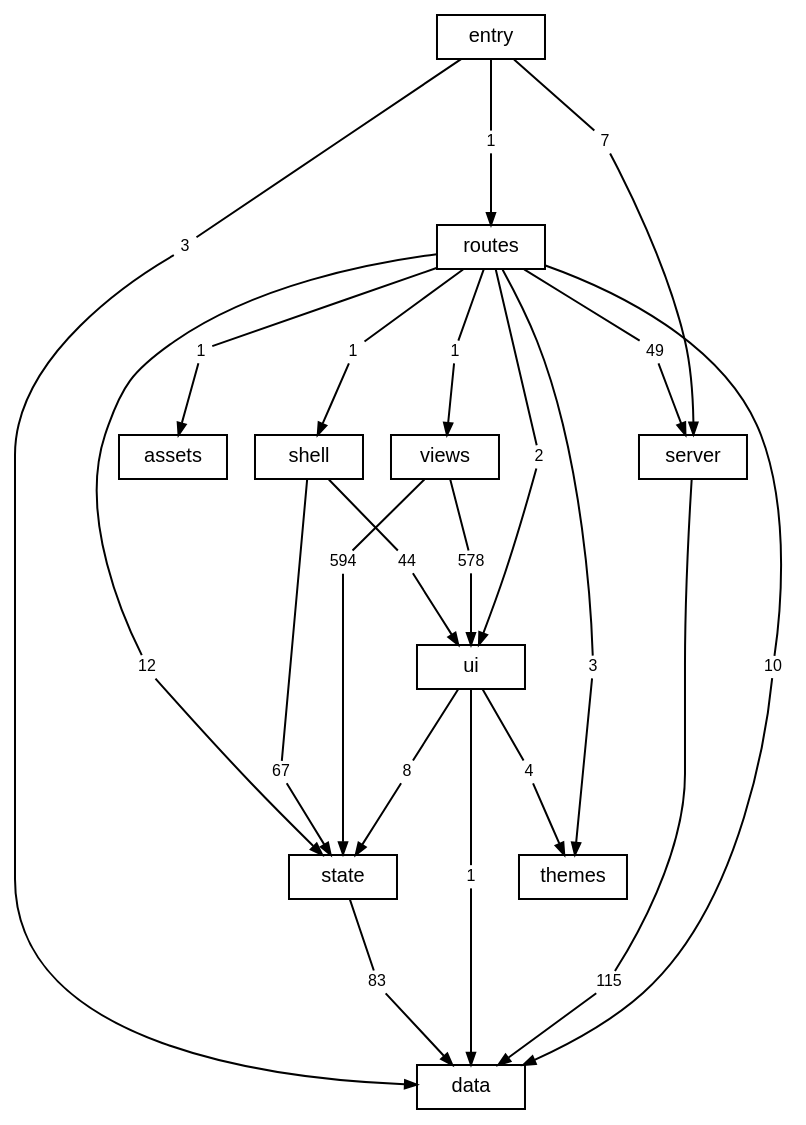
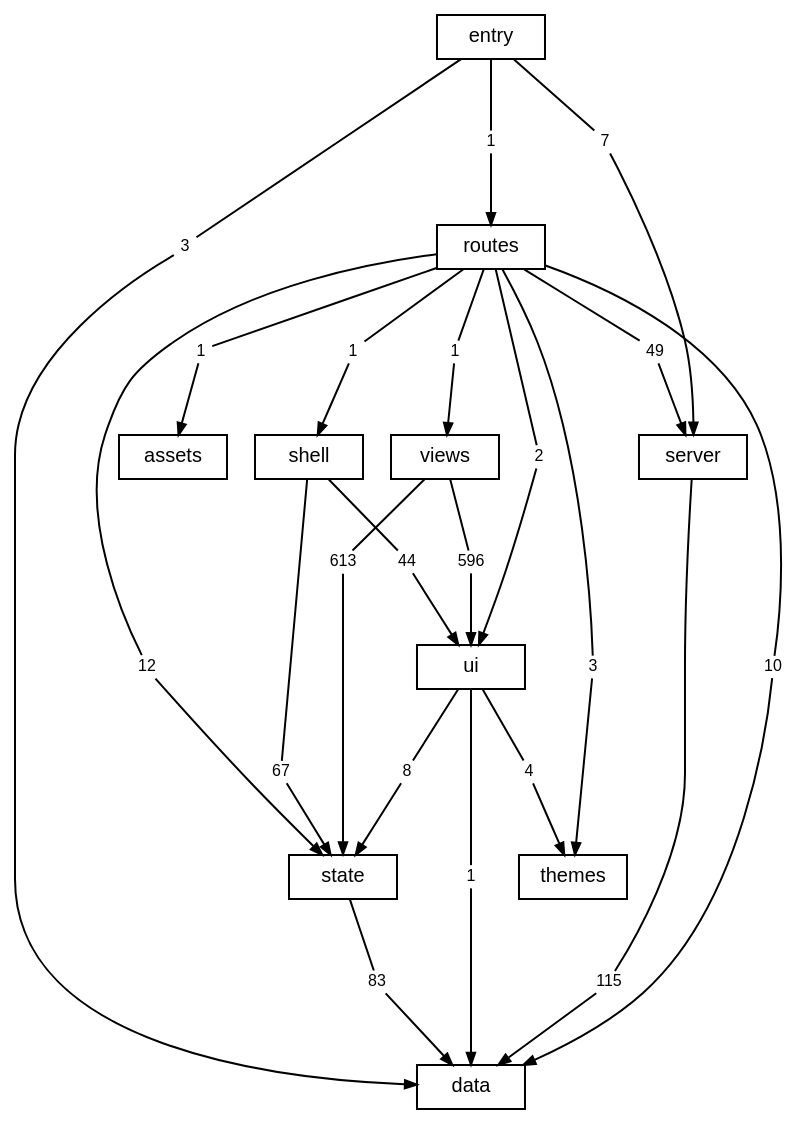
One commit to TheAxeC/oculus changed the diagram in docs/diagrams/layers.dot. Above: the diagram before and after it, drawn with Graphviz. The commit also changed 115 other files, not shown here.

```diff
--- a/docs/diagrams/layers.dot
+++ b/docs/diagrams/layers.dot
@@ -1,75 +1,75 @@
 digraph layers {
     graph [bgcolor="transparent", rankdir=TB, newrank=true, fontname="Helvetica,Arial,sans-serif", fontsize=12, nodesep=0.2, ranksep=0.5];
     node [shape=box, color="black", fontcolor="black", fontname="Helvetica,Arial,sans-serif", fontsize=10, height=0.3, margin="0.12,0.04"];
     edge [color="black", fontcolor="black", fontname="Helvetica,Arial,sans-serif", fontsize=8, arrowsize=0.6];
     "data";
     "server";
     "state";
     "ui";
     "shell";
     "views";
     "themes";
     "routes";
     "src" [label="entry"];
     "files: assets" [label="assets"];
     "routes to data" [label="10", shape=box, color="transparent", fontsize=8, width=0, height=0, margin="0.04,0.02"];
     "routes" -> "routes to data" [arrowhead=none];
     "routes to data" -> "data" [];
     "routes to files: assets" [label="1", shape=box, color="transparent", fontsize=8, width=0, height=0, margin="0.04,0.02"];
     "routes" -> "routes to files: assets" [arrowhead=none];
     "routes to files: assets" -> "files: assets" [];
     "routes to server" [label="49", shape=box, color="transparent", fontsize=8, width=0, height=0, margin="0.04,0.02"];
     "routes" -> "routes to server" [arrowhead=none];
     "routes to server" -> "server" [];
     "routes to shell" [label="1", shape=box, color="transparent", fontsize=8, width=0, height=0, margin="0.04,0.02"];
     "routes" -> "routes to shell" [arrowhead=none];
     "routes to shell" -> "shell" [];
     "routes to state" [label="12", shape=box, color="transparent", fontsize=8, width=0, height=0, margin="0.04,0.02"];
     "routes" -> "routes to state" [arrowhead=none];
     "routes to state" -> "state" [];
     "routes to themes" [label="3", shape=box, color="transparent", fontsize=8, width=0, height=0, margin="0.04,0.02"];
     "routes" -> "routes to themes" [arrowhead=none];
     "routes to themes" -> "themes" [];
     "routes to ui" [label="2", shape=box, color="transparent", fontsize=8, width=0, height=0, margin="0.04,0.02"];
     "routes" -> "routes to ui" [arrowhead=none];
     "routes to ui" -> "ui" [];
     "routes to views" [label="1", shape=box, color="transparent", fontsize=8, width=0, height=0, margin="0.04,0.02"];
     "routes" -> "routes to views" [arrowhead=none];
     "routes to views" -> "views" [];
     "server to data" [label="115", shape=box, color="transparent", fontsize=8, width=0, height=0, margin="0.04,0.02"];
     "server" -> "server to data" [arrowhead=none];
     "server to data" -> "data" [];
     "shell to state" [label="67", shape=box, color="transparent", fontsize=8, width=0, height=0, margin="0.04,0.02"];
     "shell" -> "shell to state" [arrowhead=none];
     "shell to state" -> "state" [];
     "shell to ui" [label="44", shape=box, color="transparent", fontsize=8, width=0, height=0, margin="0.04,0.02"];
     "shell" -> "shell to ui" [arrowhead=none];
     "shell to ui" -> "ui" [];
     "src to data" [label="3", shape=box, color="transparent", fontsize=8, width=0, height=0, margin="0.04,0.02"];
     "src" -> "src to data" [arrowhead=none];
     "src to data" -> "data" [];
     "src to routes" [label="1", shape=box, color="transparent", fontsize=8, width=0, height=0, margin="0.04,0.02"];
     "src" -> "src to routes" [arrowhead=none];
     "src to routes" -> "routes" [];
     "src to server" [label="7", shape=box, color="transparent", fontsize=8, width=0, height=0, margin="0.04,0.02"];
     "src" -> "src to server" [arrowhead=none];
     "src to server" -> "server" [];
     "state to data" [label="83", shape=box, color="transparent", fontsize=8, width=0, height=0, margin="0.04,0.02"];
     "state" -> "state to data" [arrowhead=none];
     "state to data" -> "data" [];
     "ui to data" [label="1", shape=box, color="transparent", fontsize=8, width=0, height=0, margin="0.04,0.02"];
     "ui" -> "ui to data" [arrowhead=none];
     "ui to data" -> "data" [];
     "ui to state" [label="8", shape=box, color="transparent", fontsize=8, width=0, height=0, margin="0.04,0.02"];
     "ui" -> "ui to state" [arrowhead=none];
     "ui to state" -> "state" [];
     "ui to themes" [label="4", shape=box, color="transparent", fontsize=8, width=0, height=0, margin="0.04,0.02"];
     "ui" -> "ui to themes" [arrowhead=none];
     "ui to themes" -> "themes" [];
-    "views to state" [label="594", shape=box, color="transparent", fontsize=8, width=0, height=0, margin="0.04,0.02"];
+    "views to state" [label="613", shape=box, color="transparent", fontsize=8, width=0, height=0, margin="0.04,0.02"];
     "views" -> "views to state" [arrowhead=none];
     "views to state" -> "state" [];
-    "views to ui" [label="578", shape=box, color="transparent", fontsize=8, width=0, height=0, margin="0.04,0.02"];
+    "views to ui" [label="596", shape=box, color="transparent", fontsize=8, width=0, height=0, margin="0.04,0.02"];
     "views" -> "views to ui" [arrowhead=none];
     "views to ui" -> "ui" [];
 }
```
